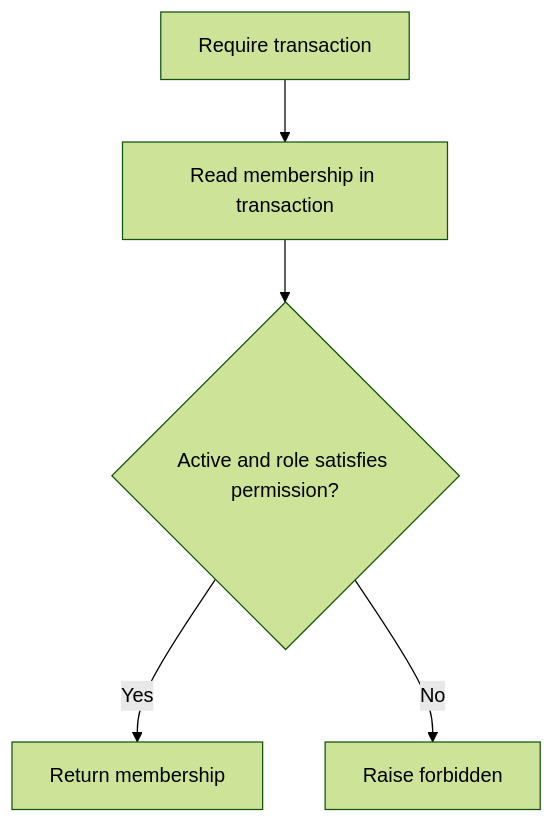
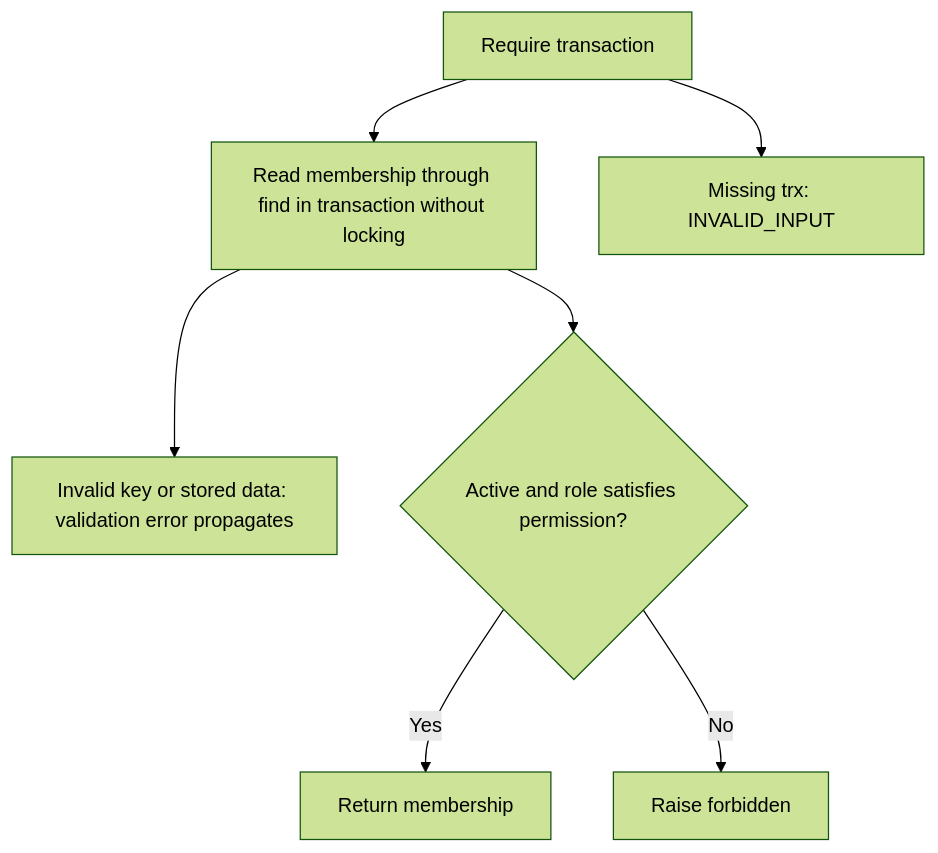
One commit to Kevinjohn/oss-adonisjs-access-control changed the second of 2 diagrams in user-stories/US-ACCESS-30-authorise-service-operation.md. Above: the diagram before and after it, drawn with Mermaid (forest theme). The commit also changed other lines of this file and 26 other files, not shown here.

Commit message:
docs: verify user story paths and Mermaid flows against implementation

````diff
--- a/user-stories/US-ACCESS-30-authorise-service-operation.md
+++ b/user-stories/US-ACCESS-30-authorise-service-operation.md
@@ -30,7 +31,9 @@
 ```mermaid
 flowchart TD
-    A["Require transaction"] --> B["Read membership in transaction"]
+    A["Require transaction"] --> B["Read membership through find in transaction without locking"]
+    A --> X["Missing trx: INVALID_INPUT"]
+    B --> Y["Invalid key or stored data: validation error propagates"]
     B --> C{"Active and role satisfies permission?"}
     C -->|Yes| D["Return membership"]
     C -->|No| E["Raise forbidden"]
 ```
````
